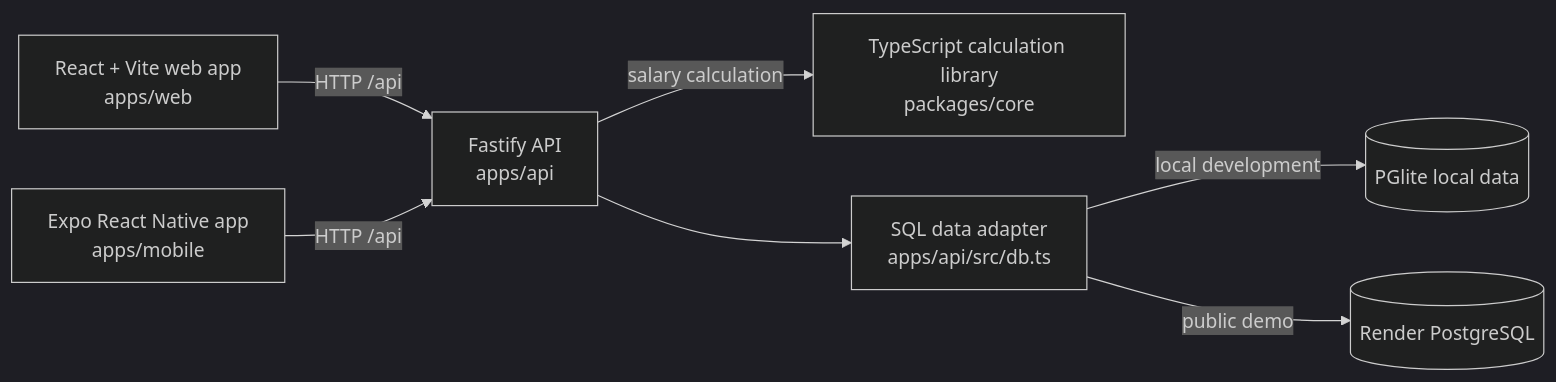
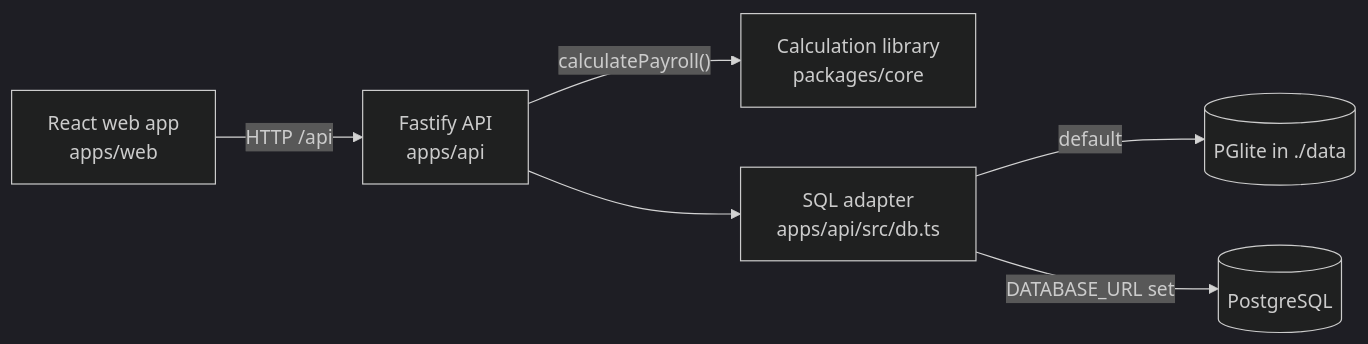
The diagram in README.md (mehulp007/PayFlow), drawn with Mermaid (dark theme) before and after one commit. The commit also changed other lines of this file and 3 other files, not shown here.

````diff
--- a/README.md
+++ b/README.md
@@ -27,9 +31,8 @@
 ```mermaid
 flowchart LR
-  Web["React + Vite web app<br/>apps/web"] -->|"HTTP /api"| API["Fastify API<br/>apps/api"]
-  Mobile["Expo React Native app<br/>apps/mobile"] -->|"HTTP /api"| API
-  API -->|"salary calculation"| Core["TypeScript calculation library<br/>packages/core"]
-  API --> Store["SQL data adapter<br/>apps/api/src/db.ts"]
-  Store -->|"local development"| Local[(PGlite local data)]
-  Store -->|"public demo"| Hosted[(Render PostgreSQL)]
+  Web["React web app<br/>apps/web"] -->|"HTTP /api"| API["Fastify API<br/>apps/api"]
+  API -->|"calculatePayroll()"| Core["Calculation library<br/>packages/core"]
+  API --> Store["SQL adapter<br/>apps/api/src/db.ts"]
+  Store -->|"default"| Local[(PGlite in ./data)]
+  Store -->|"DATABASE_URL set"| PG[(PostgreSQL)]
 ```
````
